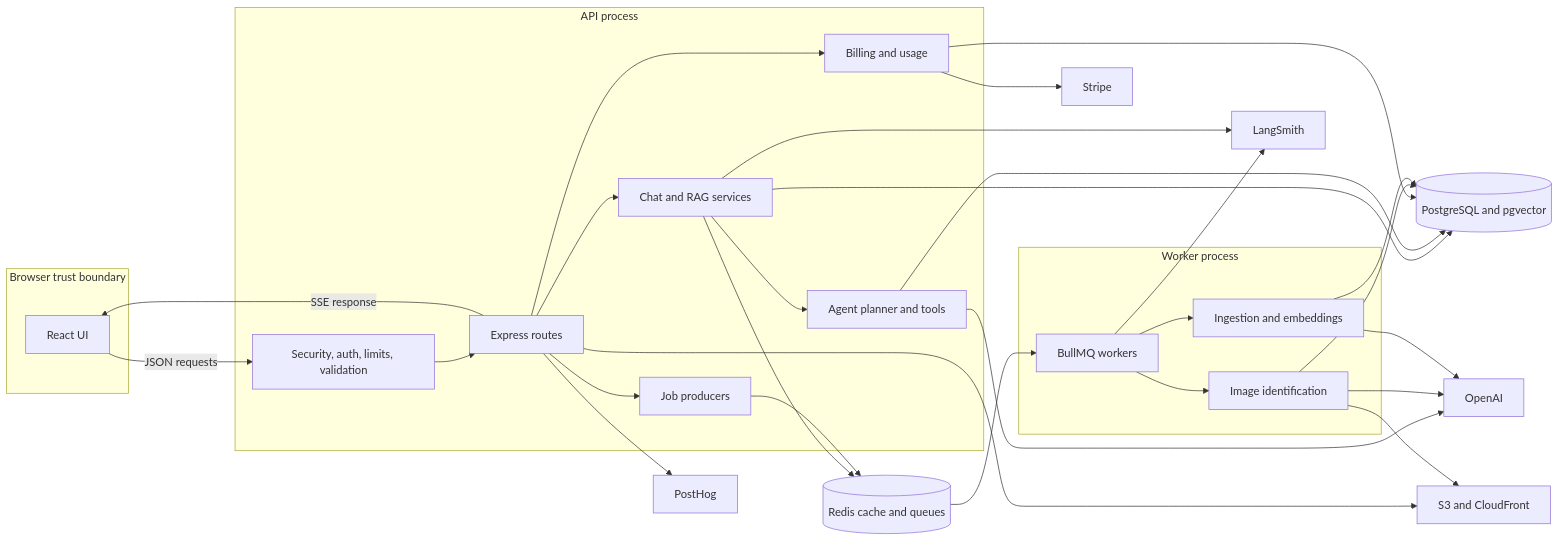
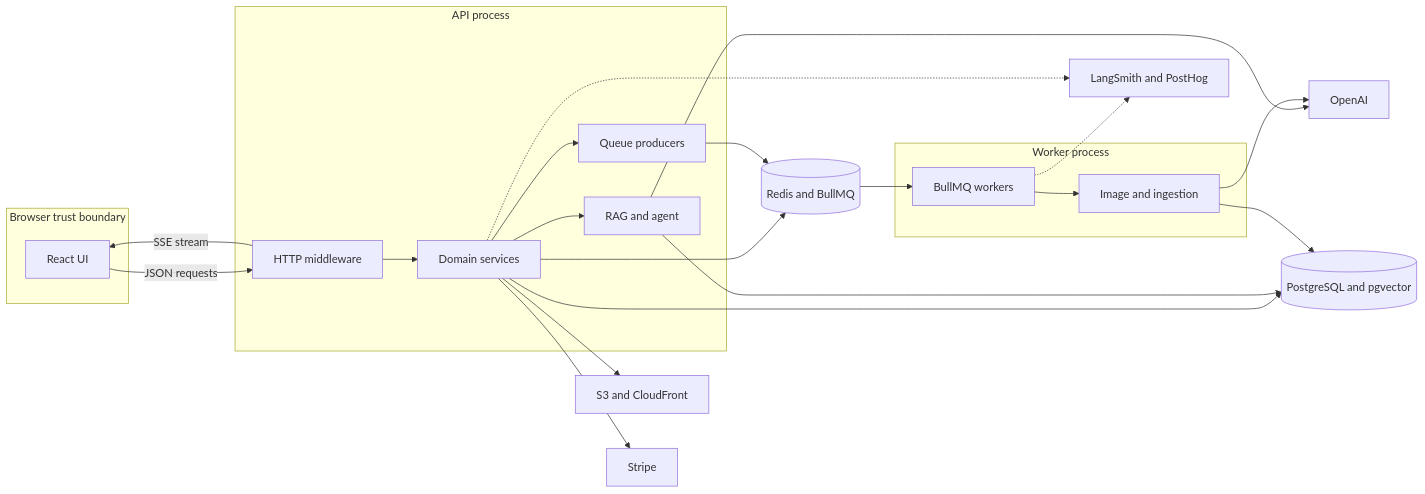
Before and after one commit to jsanchez556/birdwatching-ai-api: the first of 5 diagrams in README.md, drawn with Mermaid. The commit also changed other lines of this file, not shown here.

Commit message:
docs: add system architecture diagrams

````diff
--- a/README.md
+++ b/README.md
@@ -53,56 +55,44 @@
 ```mermaid
 flowchart LR
   subgraph Browser["Browser trust boundary"]
     UI["React UI"]
   end
 
   subgraph API["API process"]
-    MW["Security, auth, limits, validation"]
-    Routes["Express routes"]
-    Chat["Chat and RAG services"]
-    Agent["Agent planner and tools"]
-    Billing["Billing and usage"]
-    Producer["Job producers"]
+    HTTP["HTTP middleware"]
+    Services["Domain services"]
+    Agent["RAG and agent"]
+    Producer["Queue producers"]
   end
 
-  subgraph Workers["Worker process"]
-    Consumer["BullMQ workers"]
-    Image["Image identification"]
-    Ingest["Ingestion and embeddings"]
+  subgraph Worker["Worker process"]
+    Consumers["BullMQ workers"]
+    Async["Image and ingestion"]
   end
 
   PG[("PostgreSQL and pgvector")]
-  Redis[("Redis cache and queues")]
+  Redis[("Redis and BullMQ")]
   OpenAI["OpenAI"]
-  S3["S3 and CloudFront"]
+  Media["S3 and CloudFront"]
   Stripe["Stripe"]
-  LangSmith["LangSmith"]
-  PostHog["PostHog"]
+  Telemetry["LangSmith and PostHog"]
 
-  UI -->|"JSON requests"| MW
-  MW --> Routes
-  Routes -->|"SSE response"| UI
-  Routes --> Chat
-  Chat --> Agent
-  Chat --> PG
-  Chat --> Redis
+  UI -->|"JSON requests"| HTTP
+  HTTP -->|"SSE stream"| UI
+  HTTP --> Services
+  Services --> Agent
+  Services --> PG
+  Services --> Redis
+  Services --> Stripe
+  Services --> Media
+  Services --> Producer
   Agent --> OpenAI
   Agent --> PG
-  Routes --> Billing
-  Billing --> PG
-  Billing --> Stripe
-  Routes --> Producer
   Producer --> Redis
-  Redis --> Consumer
-  Consumer --> Image
-  Consumer --> Ingest
-  Image --> OpenAI
-  Image --> PG
-  Ingest --> OpenAI
-  Ingest --> PG
-  Routes --> S3
-  Image --> S3
-  Chat --> LangSmith
-  Consumer --> LangSmith
-  Routes --> PostHog
+  Redis --> Consumers
+  Consumers --> Async
+  Async --> OpenAI
+  Async --> PG
+  Services -.-> Telemetry
+  Consumers -.-> Telemetry
 ```
````
